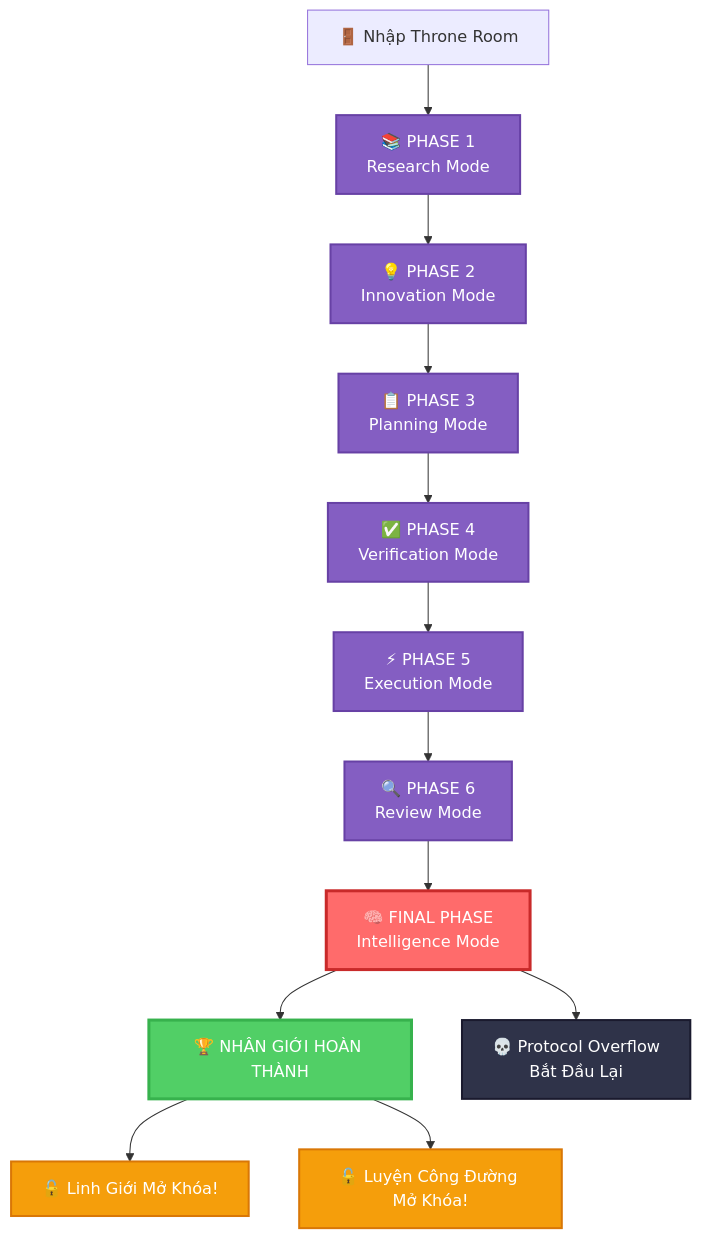
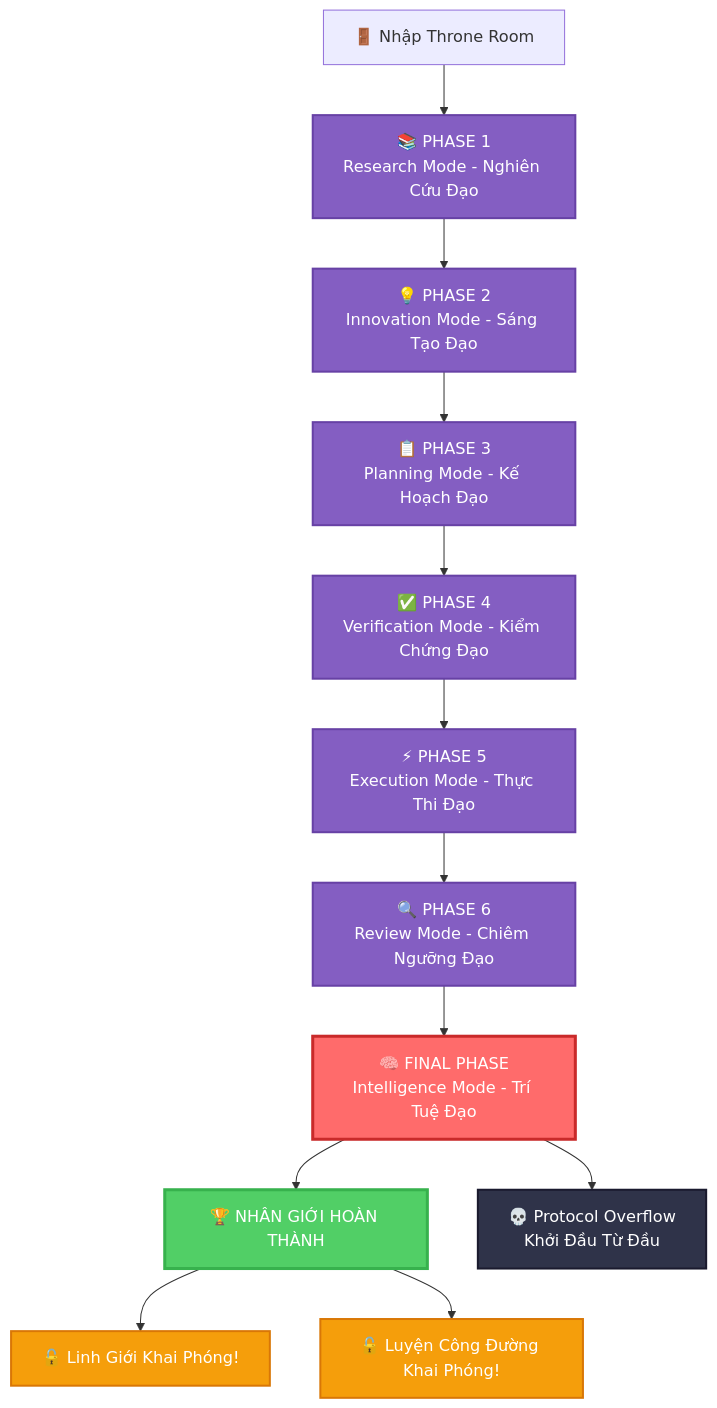
The fifth of 8 diagrams in README-TUTIEN.md (giang6283623/cursor-tip), drawn with Mermaid before and after one commit. The commit also changed other lines of this file and 7 other files, not shown here.

````diff
--- a/README-TUTIEN.md
+++ b/README-TUTIEN.md
@@ -371,28 +371,28 @@
 ```mermaid
 graph TD
-    Start[🚪 Nhập Throne Room] --> Phase1[📚 PHASE 1<br/>Research Mode]
-    Phase1 --> Phase2[💡 PHASE 2<br/>Innovation Mode]
-    Phase2 --> Phase3[📋 PHASE 3<br/>Planning Mode]
-    Phase3 --> Phase4[✅ PHASE 4<br/>Verification Mode]
-    Phase4 --> Phase5[⚡ PHASE 5<br/>Execution Mode]
-    Phase5 --> Phase6[🔍 PHASE 6<br/>Review Mode]
-    Phase6 --> Final[🧠 FINAL PHASE<br/>Intelligence Mode]
+    Start[🚪 Nhập Throne Room] --> Phase1[📚 PHASE 1<br/>Research Mode - Nghiên Cứu Đạo]
+    Phase1 --> Phase2[💡 PHASE 2<br/>Innovation Mode - Sáng Tạo Đạo]
+    Phase2 --> Phase3[📋 PHASE 3<br/>Planning Mode - Kế Hoạch Đạo]
+    Phase3 --> Phase4[✅ PHASE 4<br/>Verification Mode - Kiểm Chứng Đạo]
+    Phase4 --> Phase5[⚡ PHASE 5<br/>Execution Mode - Thực Thi Đạo]
+    Phase5 --> Phase6[🔍 PHASE 6<br/>Review Mode - Chiêm Ngưỡng Đạo]
+    Phase6 --> Final[🧠 FINAL PHASE<br/>Intelligence Mode - Trí Tuệ Đạo]
 
     Final --> Victory[🏆 NHÂN GIỚI HOÀN THÀNH]
-    Final --> Death[💀 Protocol Overflow<br/>Bắt Đầu Lại]
+    Final --> Death[💀 Protocol Overflow<br/>Khởi Đầu Từ Đầu]
 
-    Victory --> UnlockAdvanced[🔓 Linh Giới Mở Khóa!]
-    Victory --> UnlockTraining[🔓 Luyện Công Đường Mở Khóa!]
+    Victory --> UnlockAdvanced[🔓 Linh Giới Khai Phóng!]
+    Victory --> UnlockTraining[🔓 Luyện Công Đường Khai Phóng!]
 
     classDef phase fill:#845ec2,stroke:#6741a5,stroke-width:2px,color:#fff
     classDef final fill:#ff6b6b,stroke:#c92a2a,stroke-width:3px,color:#fff
     classDef win fill:#51cf66,stroke:#37b24d,stroke-width:3px,color:#fff
     classDef death fill:#2f3349,stroke:#1a1a2e,stroke-width:2px,color:#fff
     classDef unlock fill:#f59e0b,stroke:#d97706,stroke-width:2px,color:#fff
 
     class Phase1,Phase2,Phase3,Phase4,Phase5,Phase6 phase
     class Final final
     class Victory win
     class Death death
     class UnlockAdvanced,UnlockTraining unlock
 ```
````
